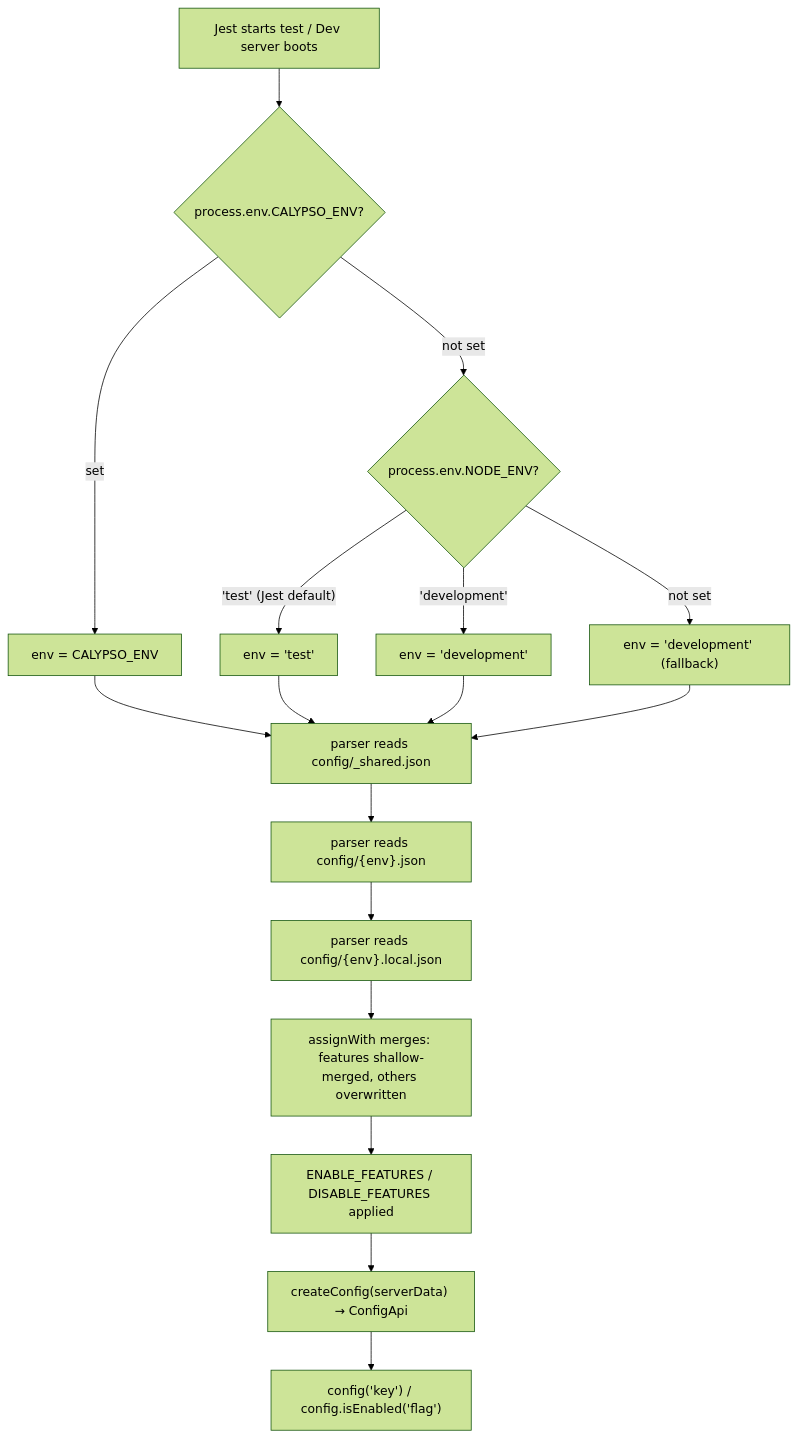
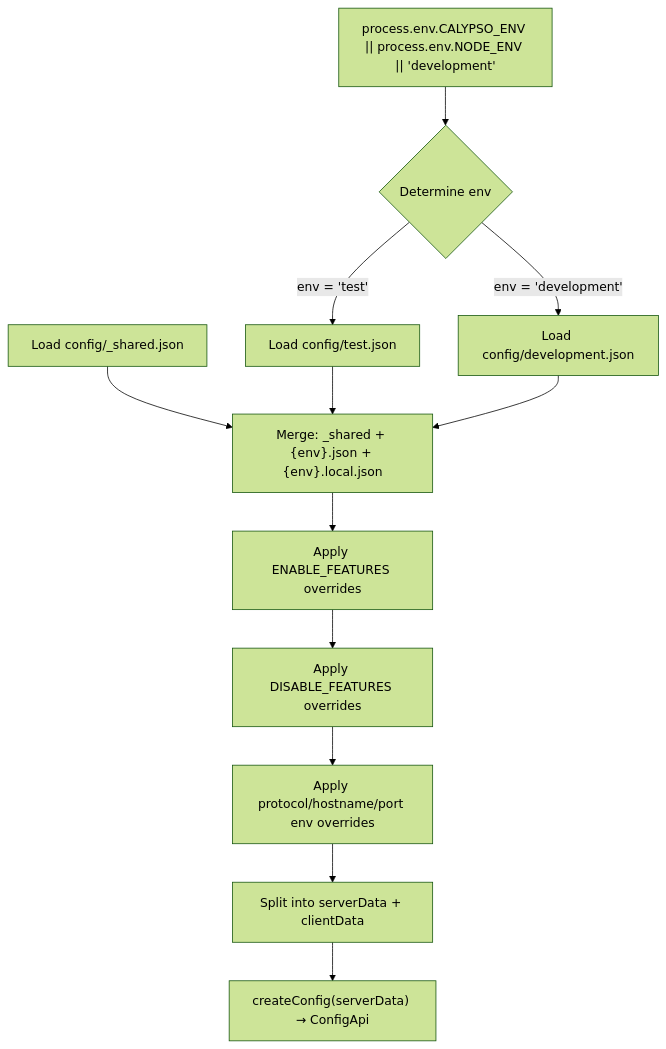
Before and after one commit to blitzy-research/wp-calypso: the second of 2 diagrams in blitzy/documentation/wp-calypso_be7e5cc64162.md, drawn with Mermaid (forest theme). The commit also changed other lines of this file, not shown here.

First line of the commit message:
docs: Create comprehensive Calypso testing infrastructure investigation guide

````diff
--- a/blitzy/documentation/wp-calypso_be7e5cc64162.md
+++ b/blitzy/documentation/wp-calypso_be7e5cc64162.md
@@ -963,19 +749,16 @@
 ```mermaid
 flowchart TD
-    A["Jest starts test / Dev server boots"] --> B{"process.env.CALYPSO_ENV?"}
-    B -->|"set"| C1["env = CALYPSO_ENV"]
-    B -->|"not set"| D{"process.env.NODE_ENV?"}
-    D -->|"'test' (Jest default)"| C2["env = 'test'"]
-    D -->|"'development'"| C3["env = 'development'"]
-    D -->|"not set"| C4["env = 'development' (fallback)"]
-    C1 --> E
-    C2 --> E
-    C3 --> E
-    C4 --> E
-    E["parser reads config/_shared.json"] --> F["parser reads config/{env}.json"]
-    F --> G["parser reads config/{env}.local.json"]
-    G --> H["assignWith merges: features shallow-merged, others overwritten"]
-    H --> I["ENABLE_FEATURES / DISABLE_FEATURES applied"]
-    I --> J["createConfig(serverData) → ConfigApi"]
-    J --> K["config('key') / config.isEnabled('flag')"]
+    A["process.env.CALYPSO_ENV || process.env.NODE_ENV || 'development'"] --> B{Determine env}
+    B -->|"env = 'test'"| C["Load config/test.json"]
+    B -->|"env = 'development'"| D["Load config/development.json"]
+
+    E["Load config/_shared.json"] --> F["Merge: _shared + {env}.json + {env}.local.json"]
+    C --> F
+    D --> F
+
+    F --> G["Apply ENABLE_FEATURES overrides"]
+    G --> H["Apply DISABLE_FEATURES overrides"]
+    H --> I["Apply protocol/hostname/port env overrides"]
+    I --> J["Split into serverData + clientData"]
+    J --> K["createConfig(serverData) → ConfigApi"]
 ```
````
